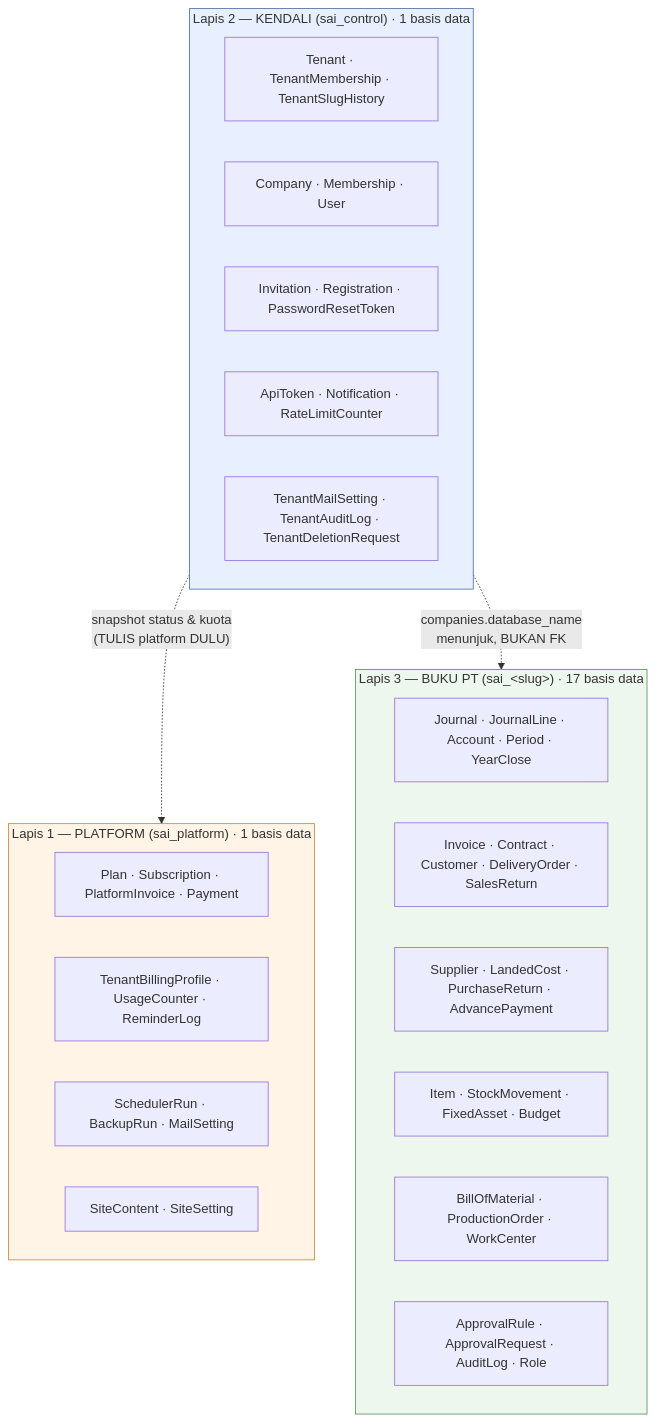
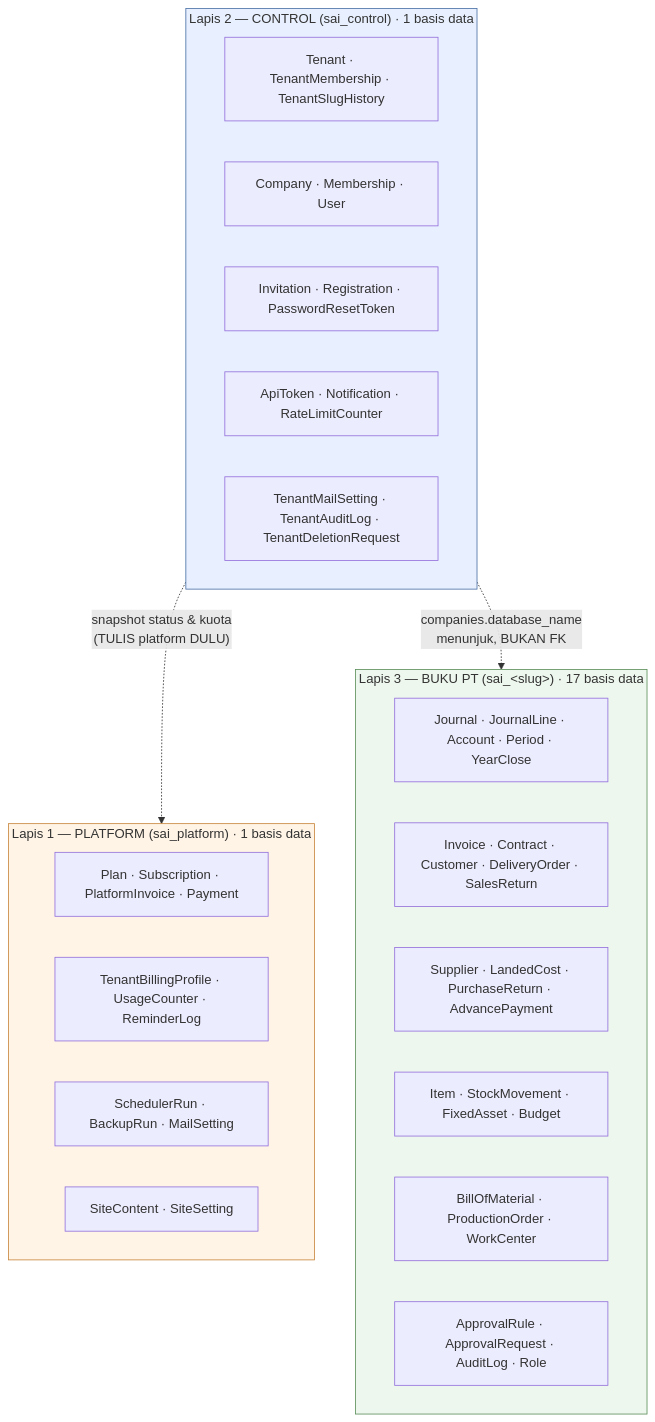
Before and after one commit to tri-evendi/sai-accounting: the second of 5 diagrams in docs/arsitektur/02-ARSITEKTUR.md, drawn with Mermaid. The commit also changed other lines of this file and 31 other files, not shown here.

````diff
--- a/docs/arsitektur/02-ARSITEKTUR.md
+++ b/docs/arsitektur/02-ARSITEKTUR.md
@@ -111,33 +111,33 @@
 ```mermaid
 graph TB
     subgraph L1["Lapis 1 — PLATFORM (sai_platform) · 1 basis data"]
         P1["Plan · Subscription · PlatformInvoice · Payment"]
         P2["TenantBillingProfile · UsageCounter · ReminderLog"]
         P3["SchedulerRun · BackupRun · MailSetting"]
         P4["SiteContent · SiteSetting"]
     end
 
-    subgraph L2["Lapis 2 — KENDALI (sai_control) · 1 basis data"]
+    subgraph L2["Lapis 2 — CONTROL (sai_control) · 1 basis data"]
         C1["Tenant · TenantMembership · TenantSlugHistory"]
         C2["Company · Membership · User"]
         C3["Invitation · Registration · PasswordResetToken"]
         C4["ApiToken · Notification · RateLimitCounter"]
         C5["TenantMailSetting · TenantAuditLog · TenantDeletionRequest"]
     end
 
     subgraph L3["Lapis 3 — BUKU PT (sai_&lt;slug&gt;) · 17 basis data"]
         B1["Journal · JournalLine · Account · Period · YearClose"]
         B2["Invoice · Contract · Customer · DeliveryOrder · SalesReturn"]
         B3["Supplier · LandedCost · PurchaseReturn · AdvancePayment"]
         B4["Item · StockMovement · FixedAsset · Budget"]
         B5["BillOfMaterial · ProductionOrder · WorkCenter"]
         B6["ApprovalRule · ApprovalRequest · AuditLog · Role"]
     end
 
     L2 -. "snapshot status & kuota<br/>(TULIS platform DULU)" .-> L1
     L2 -. "companies.database_name<br/>menunjuk, BUKAN FK" .-> L3
 
     style L1 fill:#fff4e6,stroke:#c9873d
     style L2 fill:#e8f0ff,stroke:#4a6fa5
     style L3 fill:#eef7ee,stroke:#5a8f5a
 ```
````
